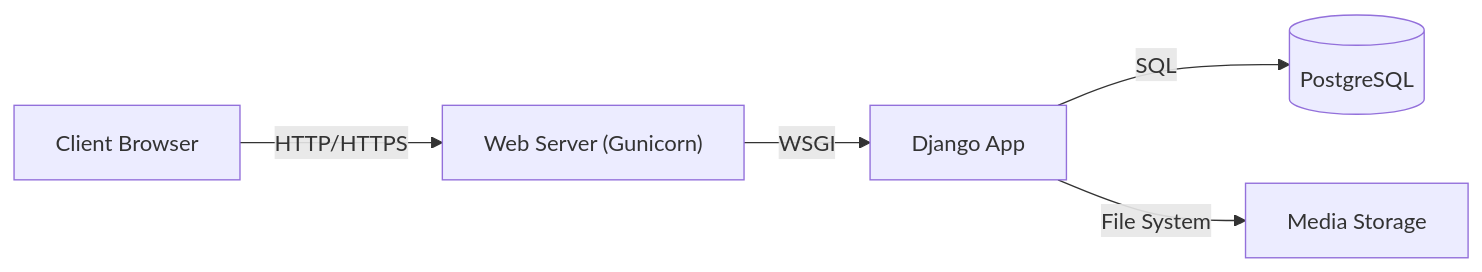
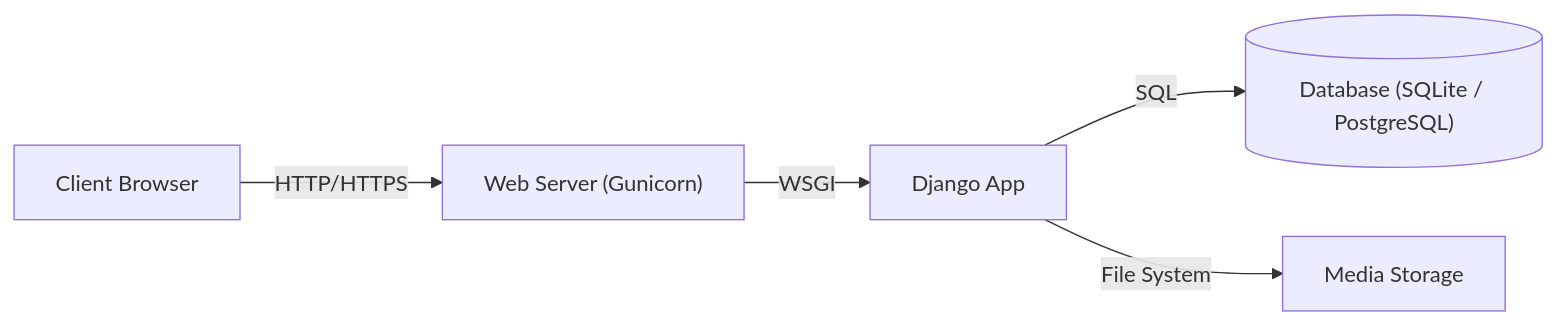
Before and after one commit to Anroshka/task1: the first of 3 diagrams in README.md, drawn with Mermaid. The commit also changed other lines of this file, not shown here.

````diff
--- a/README.md
+++ b/README.md
@@ -88,7 +88,7 @@
 ```mermaid
 graph LR
     Client["Client Browser"] -->|"HTTP/HTTPS"| Web["Web Server (Gunicorn)"]
     Web -->|"WSGI"| App["Django App"]
-    App -->|"SQL"| DB[("PostgreSQL")]
+    App -->|"SQL"| DB[("Database (SQLite / PostgreSQL)")]
     App -->|"File System"| Media["Media Storage"]
 ```
````
